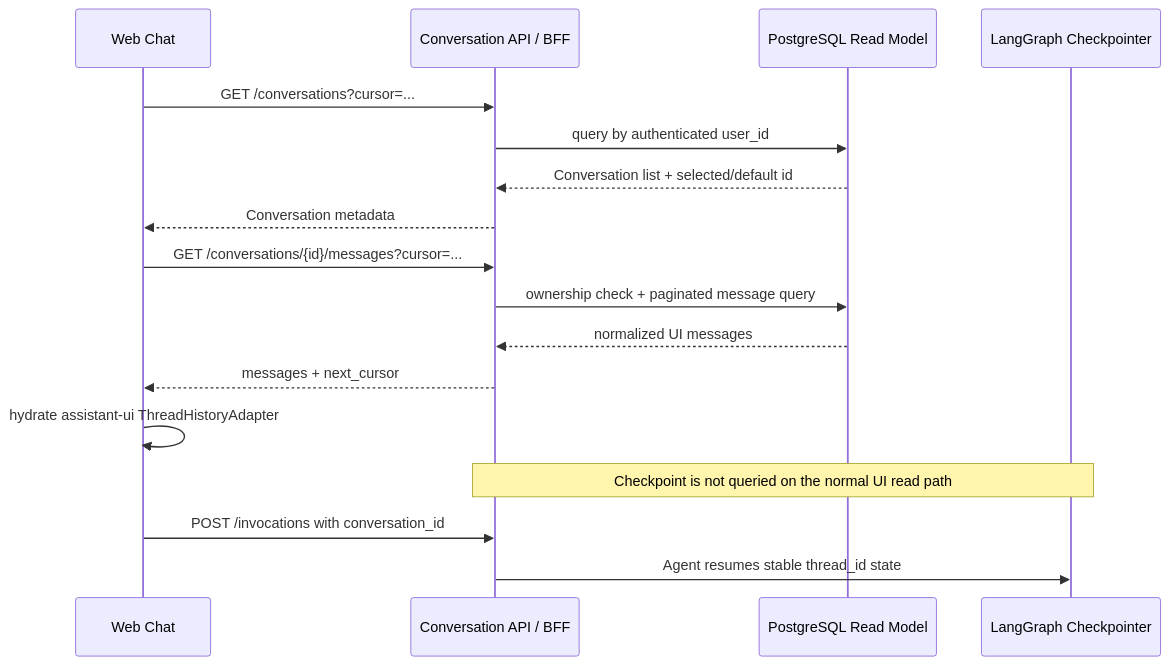
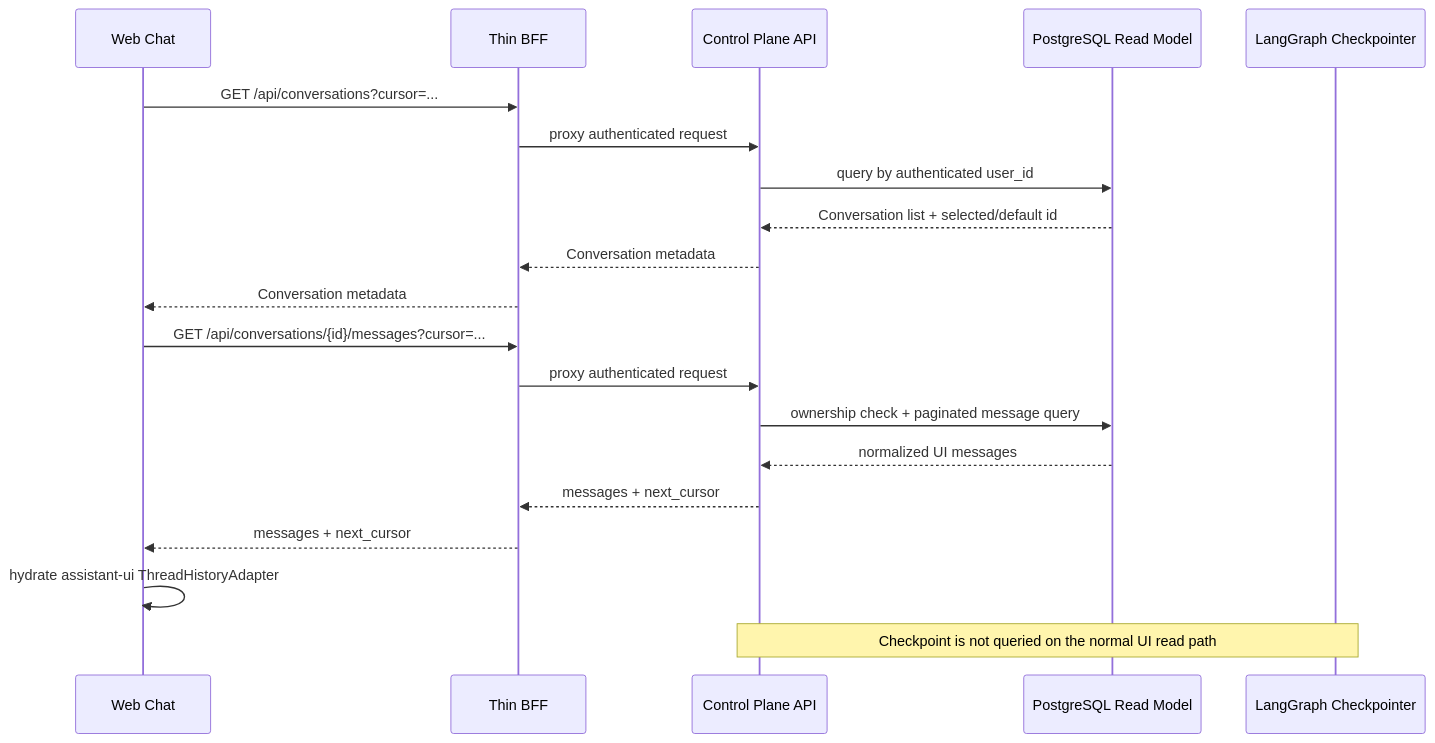
One commit to T-1009/personal-assistant changed the seventh of 10 diagrams in personal-assistant-meta/issues/features/feature-14-multi-session-runtime-prewarm/issue.md. Above: the diagram before and after it, drawn with Mermaid. The commit also changed other lines of this file and 2 other files, not shown here.

First line of the commit message:
docs: refactor feature-14 architecture to introduce Service-owned Control Plane and Thin BFF boundaries

````diff
--- a/personal-assistant-meta/issues/features/feature-14-multi-session-runtime-prewarm/issue.md
+++ b/personal-assistant-meta/issues/features/feature-14-multi-session-runtime-prewarm/issue.md
@@ -461,20 +487,23 @@
 ```mermaid
 sequenceDiagram
     participant UI as Web Chat
-    participant BFF as Conversation API / BFF
+    participant BFF as Thin BFF
+    participant API as Control Plane API
     participant Store as PostgreSQL Read Model
     participant CP as LangGraph Checkpointer
 
-    UI->>BFF: GET /conversations?cursor=...
-    BFF->>Store: query by authenticated user_id
-    Store-->>BFF: Conversation list + selected/default id
+    UI->>BFF: GET /api/conversations?cursor=...
+    BFF->>API: proxy authenticated request
+    API->>Store: query by authenticated user_id
+    Store-->>API: Conversation list + selected/default id
+    API-->>BFF: Conversation metadata
     BFF-->>UI: Conversation metadata
-    UI->>BFF: GET /conversations/{id}/messages?cursor=...
-    BFF->>Store: ownership check + paginated message query
-    Store-->>BFF: normalized UI messages
+    UI->>BFF: GET /api/conversations/{id}/messages?cursor=...
+    BFF->>API: proxy authenticated request
+    API->>Store: ownership check + paginated message query
+    Store-->>API: normalized UI messages
+    API-->>BFF: messages + next_cursor
     BFF-->>UI: messages + next_cursor
     UI->>UI: hydrate assistant-ui ThreadHistoryAdapter
-    Note over BFF,CP: Checkpoint is not queried on the normal UI read path
-    UI->>BFF: POST /invocations with conversation_id
-    BFF->>CP: Agent resumes stable thread_id state
+    Note over API,CP: Checkpoint is not queried on the normal UI read path
 ```
````
